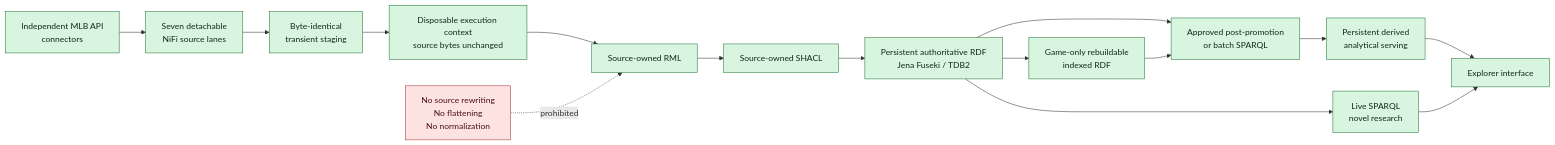
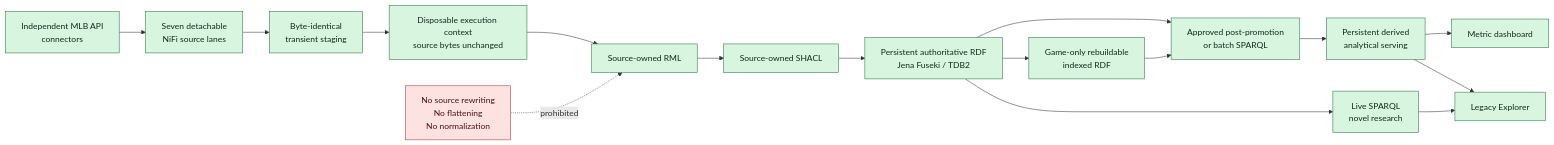
Before and after one commit to CarterBeauBenson/BaseballO: the first of 2 diagrams in Baseball/mermaid/01-pipeline-and-repository.md, drawn with Mermaid. The commit also changed other lines of this file and 32 other files, not shown here.

````diff
--- a/Baseball/mermaid/01-pipeline-and-repository.md
+++ b/Baseball/mermaid/01-pipeline-and-repository.md
@@ -5,23 +5,24 @@
 ```mermaid
 flowchart LR
     SOURCE["Independent MLB API<br/>connectors"] --> LANES["Seven detachable<br/>NiFi source lanes"]
     LANES --> STAGE["Byte-identical<br/>transient staging"]
     STAGE --> CTX["Disposable execution context<br/>source bytes unchanged"]
     CTX --> RML["Source-owned RML"]
     RML --> SHACL["Source-owned SHACL"]
     SHACL --> FUSEKI["Persistent authoritative RDF<br/>Jena Fuseki / TDB2"]
     FUSEKI --> INDEX["Game-only rebuildable<br/>indexed RDF"]
     FUSEKI --> QUERY["Approved post-promotion<br/>or batch SPARQL"]
     INDEX --> QUERY
     QUERY --> SQL["Persistent derived<br/>analytical serving"]
-    SQL --> SITE["Explorer interface"]
+    SQL --> DASHBOARD["Metric dashboard"]
+    SQL --> SITE["Legacy Explorer"]
     FUSEKI --> LIVE["Live SPARQL<br/>novel research"]
     LIVE --> SITE
 
     ENRICH["No source rewriting<br/>No flattening<br/>No normalization"] -. prohibited .-> RML
 
     classDef active fill:#d7f5df,stroke:#24733b,color:#102a18;
     classDef prohibited fill:#fde2e2,stroke:#a33,color:#4a1111;
-    class SOURCE,LANES,STAGE,CTX,RML,SHACL,FUSEKI,INDEX,QUERY,SQL,LIVE,SITE active;
+    class SOURCE,LANES,STAGE,CTX,RML,SHACL,FUSEKI,INDEX,QUERY,SQL,LIVE,SITE,DASHBOARD active;
     class ENRICH prohibited;
 ```
````
